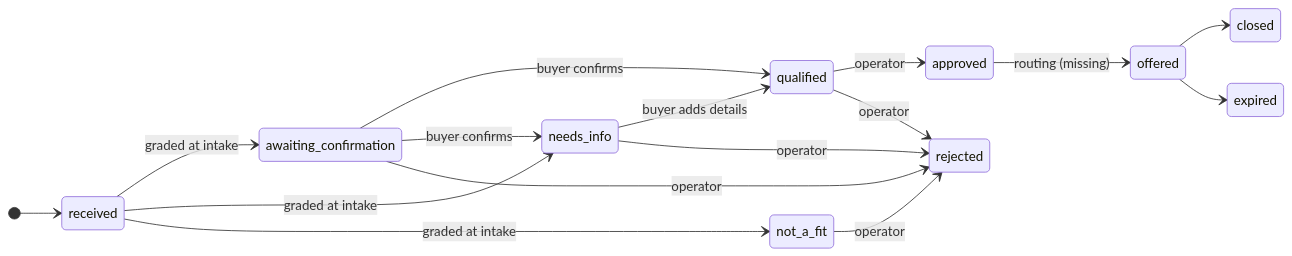
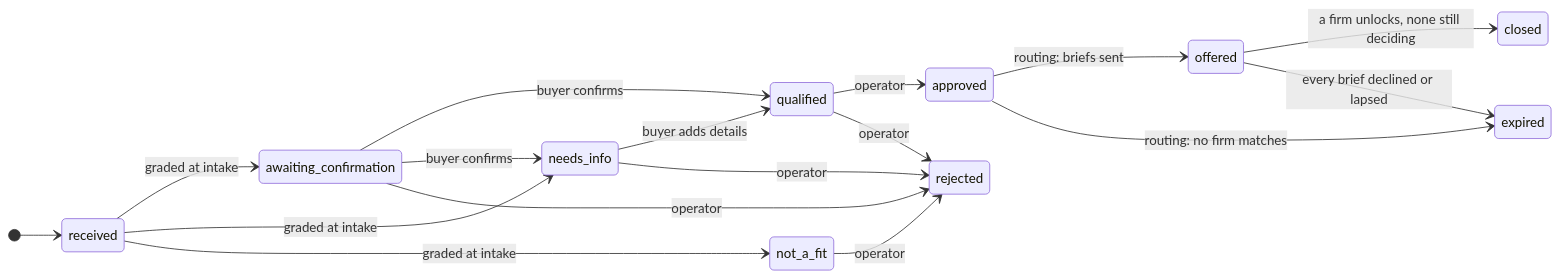
One commit to Rwb3n/macan changed the second of 7 diagrams in model/views/map.md. Above: the diagram before and after it, drawn with Mermaid. The commit also changed other lines of this file and 11 other files, not shown here.

````diff
--- a/model/views/map.md
+++ b/model/views/map.md
@@ -121,19 +121,20 @@
 ```mermaid
 stateDiagram-v2
   direction LR
   [*] --> received
   received --> awaiting_confirmation: graded at intake
   received --> needs_info: graded at intake
   received --> not_a_fit: graded at intake
   awaiting_confirmation --> qualified: buyer confirms
   awaiting_confirmation --> needs_info: buyer confirms
   needs_info --> qualified: buyer adds details
   qualified --> approved: operator
   qualified --> rejected: operator
   needs_info --> rejected: operator
   not_a_fit --> rejected: operator
   awaiting_confirmation --> rejected: operator
-  approved --> offered: routing (missing)
-  offered --> closed
-  offered --> expired
+  approved --> offered: routing: briefs sent
+  approved --> expired: routing: no firm matches
+  offered --> closed: a firm unlocks, none still deciding
+  offered --> expired: every brief declined or lapsed
 ```
````
